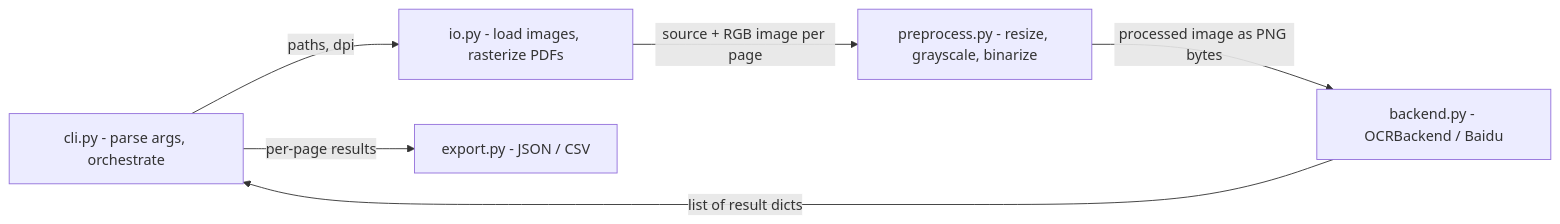
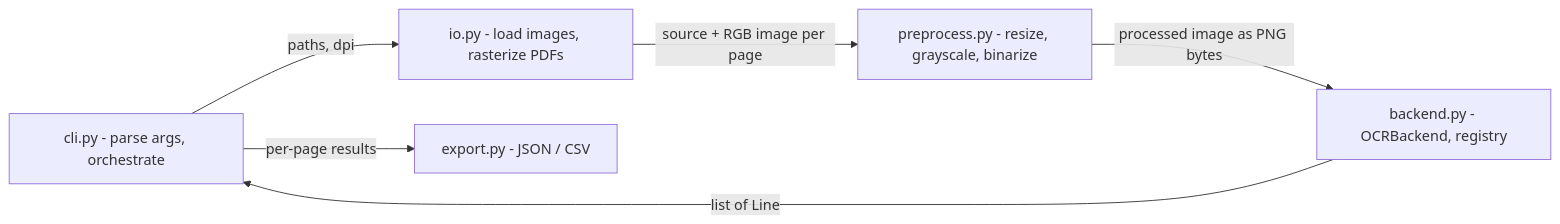
Before and after one commit to flegaspi700/ocr-pipeline: the second of 2 diagrams in docs/02-architecture.md, drawn with Mermaid. The commit also changed other lines of this file and 12 other files, not shown here.

Commit message:
feat: add backend registry and remove Baidu backend (S1.1.2)

````diff
--- a/docs/02-architecture.md
+++ b/docs/02-architecture.md
@@ -54,14 +54,14 @@
 ```mermaid
 flowchart LR
     cli["cli.py - parse args, orchestrate"]
     io["io.py - load images, rasterize PDFs"]
     pre["preprocess.py - resize, grayscale, binarize"]
-    be["backend.py - OCRBackend / Baidu"]
+    be["backend.py - OCRBackend, registry"]
     ex["export.py - JSON / CSV"]
 
     cli -- "paths, dpi" --> io
     io -- "source + RGB image per page" --> pre
     pre -- "processed image as PNG bytes" --> be
-    be -- "list of result dicts" --> cli
+    be -- "list of Line" --> cli
     cli -- "per-page results" --> ex
 ```
````
